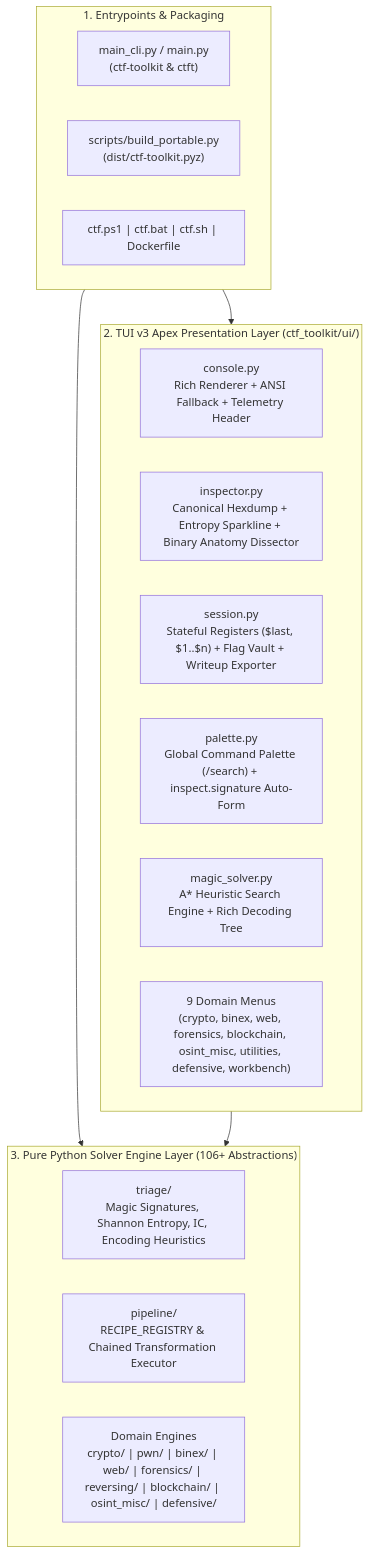
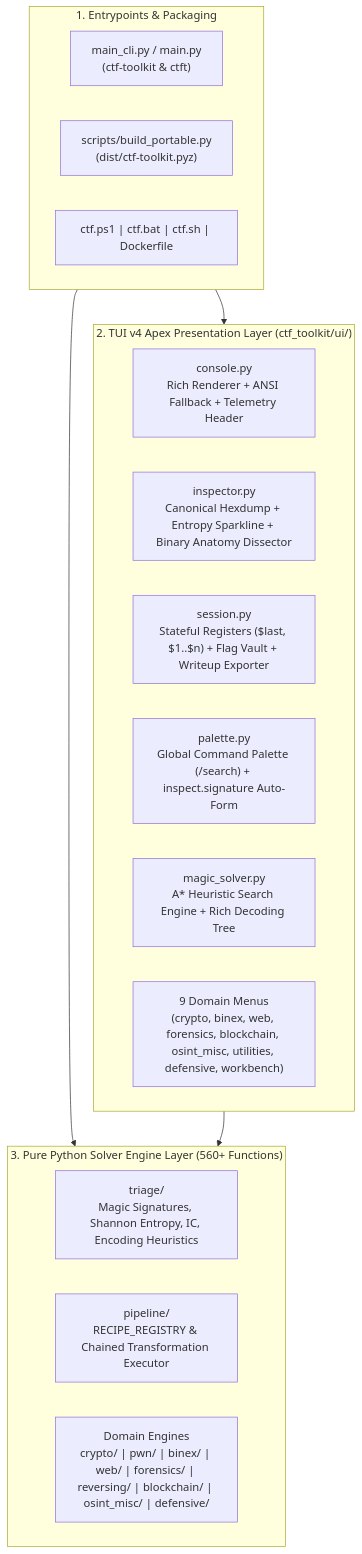
Before and after one commit to Nueeva/CTF-Toolkit: the diagram in docs/ARCHITECTURE.md, drawn with Mermaid. The commit also changed other lines of this file and 100 other files, not shown here.

````diff
--- a/docs/ARCHITECTURE.md
+++ b/docs/ARCHITECTURE.md
@@ -9,27 +9,27 @@
 ```mermaid
 flowchart TB
     subgraph Entrypoints["1. Entrypoints & Packaging"]
         CLI["main_cli.py / main.py\n(ctf-toolkit & ctft)"]
         PYZ["scripts/build_portable.py\n(dist/ctf-toolkit.pyz)"]
         Launchers["ctf.ps1 | ctf.bat | ctf.sh | Dockerfile"]
     end
 
-    subgraph Presentation["2. TUI v3 Apex Presentation Layer (ctf_toolkit/ui/)"]
+    subgraph Presentation["2. TUI v4 Apex Presentation Layer (ctf_toolkit/ui/)"]
         Console["console.py\nRich Renderer + ANSI Fallback + Telemetry Header"]
         Inspector["inspector.py\nCanonical Hexdump + Entropy Sparkline + Binary Anatomy Dissector"]
         Session["session.py\nStateful Registers ($last, $1..$n) + Flag Vault + Writeup Exporter"]
         Palette["palette.py\nGlobal Command Palette (/search) + inspect.signature Auto-Form"]
         MagicUI["magic_solver.py\nA* Heuristic Search Engine + Rich Decoding Tree"]
         Menus["9 Domain Menus\n(crypto, binex, web, forensics, blockchain, osint_misc, utilities, defensive, workbench)"]
     end
 
-    subgraph Engine["3. Pure Python Solver Engine Layer (106+ Abstractions)"]
+    subgraph Engine["3. Pure Python Solver Engine Layer (560+ Functions)"]
         Triage["triage/\nMagic Signatures, Shannon Entropy, IC, Encoding Heuristics"]
         Pipeline["pipeline/\nRECIPE_REGISTRY & Chained Transformation Executor"]
         Domains["Domain Engines\ncrypto/ | pwn/ | binex/ | web/ | forensics/ | reversing/ | blockchain/ | osint_misc/ | defensive/"]
     end
 
     Entrypoints --> Presentation
     Entrypoints --> Engine
     Presentation --> Engine
 ```
````
